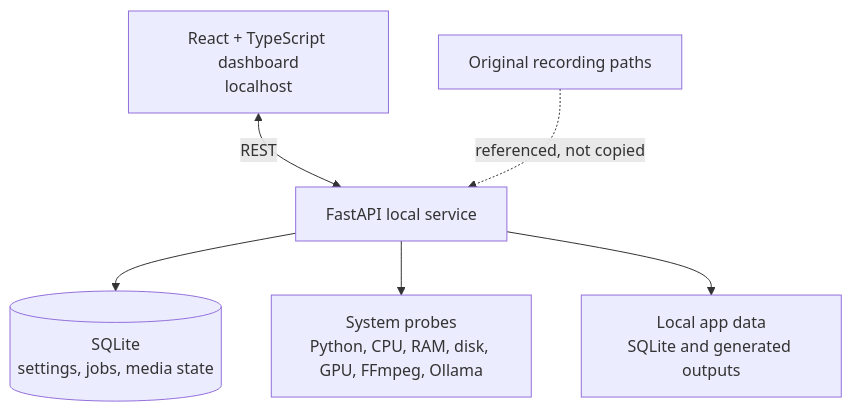
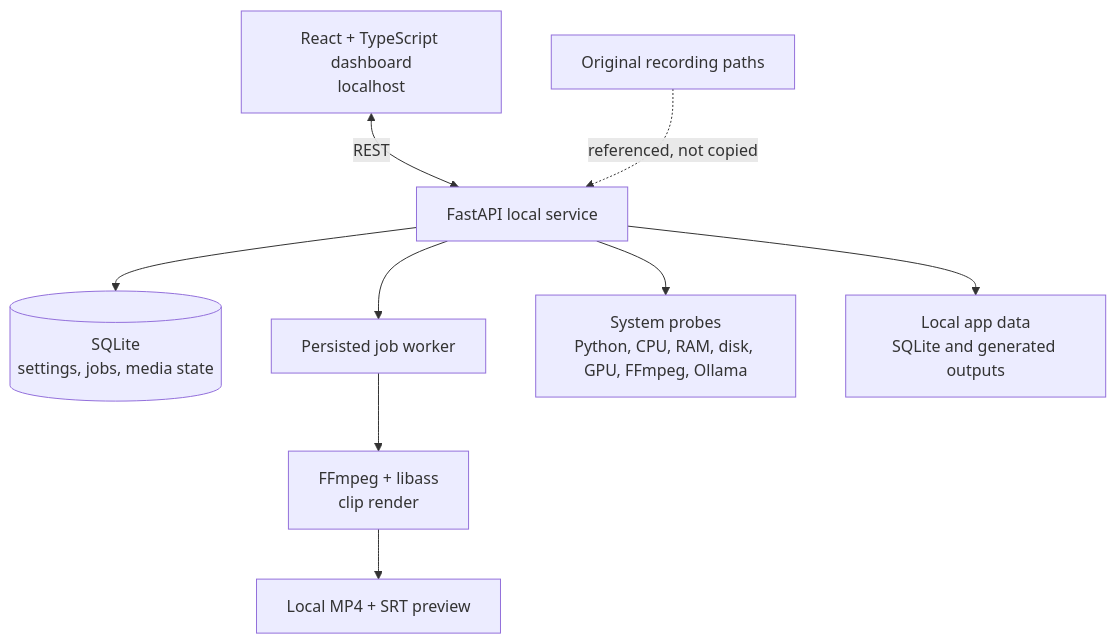
Before and after one commit to kavinash0310/clipforge-ai: the first of 2 diagrams in ARCHITECTURE.md, drawn with Mermaid. The commit also changed other lines of this file and 18 other files, not shown here.

````diff
--- a/ARCHITECTURE.md
+++ b/ARCHITECTURE.md
@@ -13,8 +13,11 @@
 ```mermaid
 flowchart TD
     UI[React + TypeScript dashboard\nlocalhost] <-->|REST| API[FastAPI local service]
     API --> DB[(SQLite\nsettings, jobs, media state)]
+    API --> Worker[Persisted job worker]
+    Worker --> FFmpeg[FFmpeg + libass\nclip render]
+    FFmpeg --> Preview[Local MP4 + SRT preview]
     API --> SYS[System probes\nPython, CPU, RAM, disk, GPU, FFmpeg, Ollama]
     API --> FS[Local app data\nSQLite and generated outputs]
     SRC[Original recording paths] -. referenced, not copied .-> API
 ```
````
